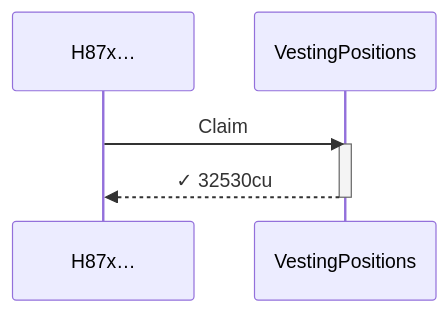
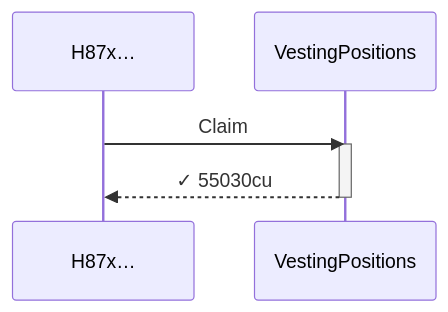
One commit to cds-turbin3/vesting-position changed diagram 13 of 18 in babelfish-tests/test-report/scenario_2_two_users_transfer_and_bob_claims_both.md. Above: the diagram before and after it, drawn with Mermaid. The commit also changed other lines of this file and 106 other files, not shown here.

````diff
--- a/babelfish-tests/test-report/scenario_2_two_users_transfer_and_bob_claims_both.md
+++ b/babelfish-tests/test-report/scenario_2_two_users_transfer_and_bob_claims_both.md
@@ -591,9 +612,9 @@
 ```mermaid
 sequenceDiagram
     participant p0 as H87x…
     participant p1 as VestingPositions
     p0->>p1: Claim
     activate p1
-    p1-->>p0: ✓ 32530cu
+    p1-->>p0: ✓ 55030cu
     deactivate p1
 ```
````
